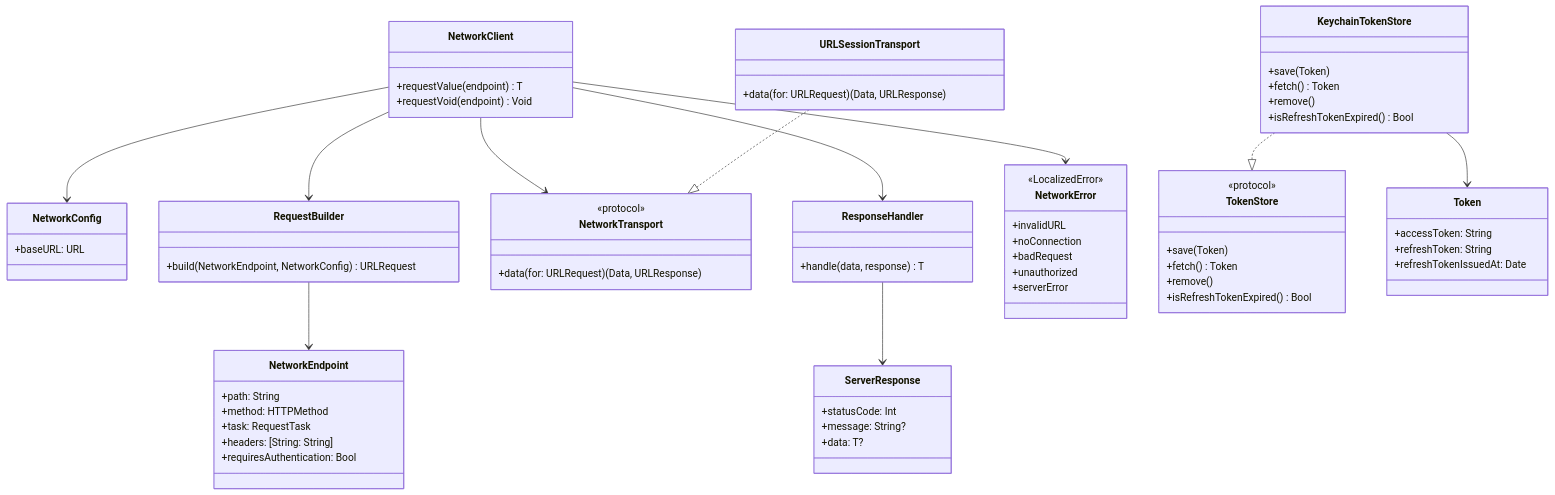
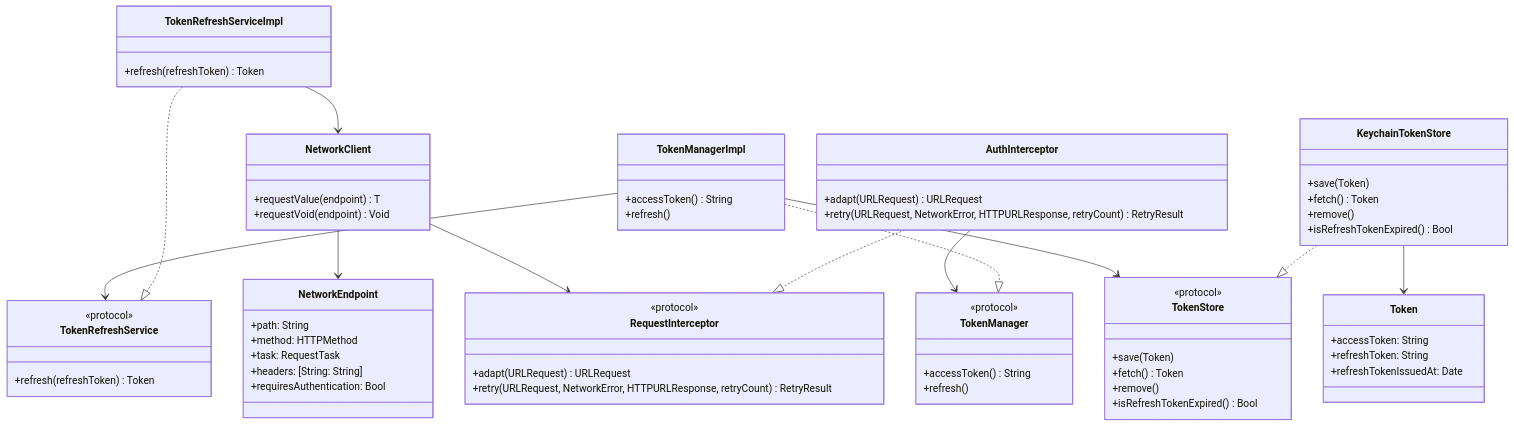
One commit to mediunn/Livith-iOS changed the third of 8 diagrams in Projects/LivithNetworking/README.md. Above: the diagram before and after it, drawn with Mermaid. The commit also changed other lines of this file and 11 other files, not shown here.

First line of the commit message:
[Feat] LIVD-395 - 401 Unauthorized 대응을 위한 refresh 및 retry 흐름 구현

````diff
--- a/Projects/LivithNetworking/README.md
+++ b/Projects/LivithNetworking/README.md
@@ -54,10 +59,6 @@
     class NetworkClient {
         +requestValue(endpoint) T
         +requestVoid(endpoint) Void
-    }
-
-    class NetworkConfig {
-        +baseURL: URL
     }
 
     class NetworkEndpoint {
@@ -68,36 +69,35 @@
         +requiresAuthentication: Bool
     }
 
-    class RequestBuilder {
-        +build(NetworkEndpoint, NetworkConfig) URLRequest
+    class RequestInterceptor {
+        <<protocol>>
+        +adapt(URLRequest) URLRequest
+        +retry(URLRequest, NetworkError, HTTPURLResponse, retryCount) RetryResult
     }
 
-    class NetworkTransport {
-        <<protocol>>
-        +data(for: URLRequest) (Data, URLResponse)
+    class AuthInterceptor {
+        +adapt(URLRequest) URLRequest
+        +retry(URLRequest, NetworkError, HTTPURLResponse, retryCount) RetryResult
     }
 
-    class URLSessionTransport {
-        +data(for: URLRequest) (Data, URLResponse)
+    class TokenManager {
+        <<protocol>>
+        +accessToken() String
+        +refresh()
     }
 
-    class ResponseHandler {
-        +handle(data, response) T
+    class TokenManagerImpl {
+        +accessToken() String
+        +refresh()
     }
 
-    class NetworkError {
-        <<LocalizedError>>
-        +invalidURL
-        +noConnection
-        +badRequest
-        +unauthorized
-        +serverError
+    class TokenRefreshService {
+        <<protocol>>
+        +refresh(refreshToken) Token
     }
 
-    class ServerResponse {
-        +statusCode: Int
-        +message: String?
-        +data: T?
+    class TokenRefreshServiceImpl {
+        +refresh(refreshToken) Token
     }
 
     class TokenStore {
@@ -121,14 +121,15 @@
         +refreshTokenIssuedAt: Date
     }
 
-    NetworkClient --> NetworkConfig
-    NetworkClient --> RequestBuilder
-    NetworkClient --> NetworkTransport
-    NetworkClient --> ResponseHandler
-    NetworkClient --> NetworkError
-    URLSessionTransport ..|> NetworkTransport
-    RequestBuilder --> NetworkEndpoint
-    ResponseHandler --> ServerResponse
+    NetworkClient --> NetworkEndpoint
+    NetworkClient --> RequestInterceptor
+    AuthInterceptor ..|> RequestInterceptor
+    AuthInterceptor --> TokenManager
+    TokenManagerImpl ..|> TokenManager
+    TokenManagerImpl --> TokenStore
+    TokenManagerImpl --> TokenRefreshService
+    TokenRefreshServiceImpl ..|> TokenRefreshService
+    TokenRefreshServiceImpl --> NetworkClient
     KeychainTokenStore ..|> TokenStore
     KeychainTokenStore --> Token
 ```
````
